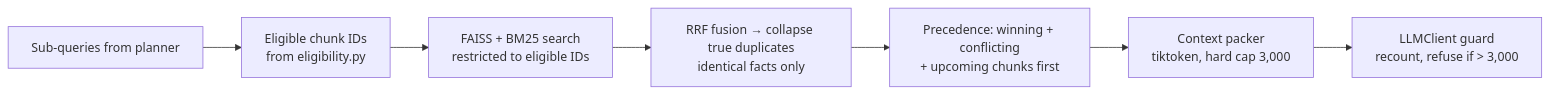
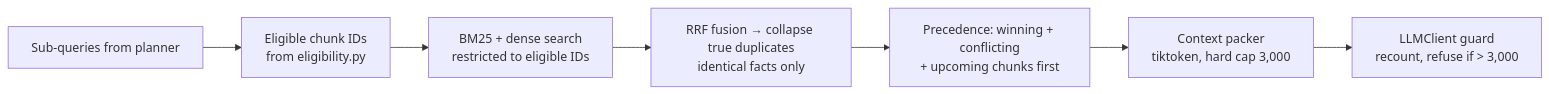
The fourth of 6 diagrams in docs/ARCHITECTURE.md (rocketrama/assessment), drawn with Mermaid before and after one commit. The commit also changed other lines of this file and 22 other files, not shown here.

````diff
--- a/docs/ARCHITECTURE.md
+++ b/docs/ARCHITECTURE.md
@@ -270,9 +270,9 @@
 ```mermaid
 flowchart LR
     Q[Sub-queries from planner] --> F[Eligible chunk IDs\nfrom eligibility.py]
-    F --> S[FAISS + BM25 search\nrestricted to eligible IDs]
+    F --> S[BM25 + dense search\nrestricted to eligible IDs]
     S --> R[RRF fusion → collapse true duplicates\nidentical facts only]
     R --> P[Precedence: winning + conflicting\n+ upcoming chunks first]
     P --> K[Context packer\ntiktoken, hard cap 3,000]
     K --> L[LLMClient guard\nrecount, refuse if > 3,000]
 ```
````
